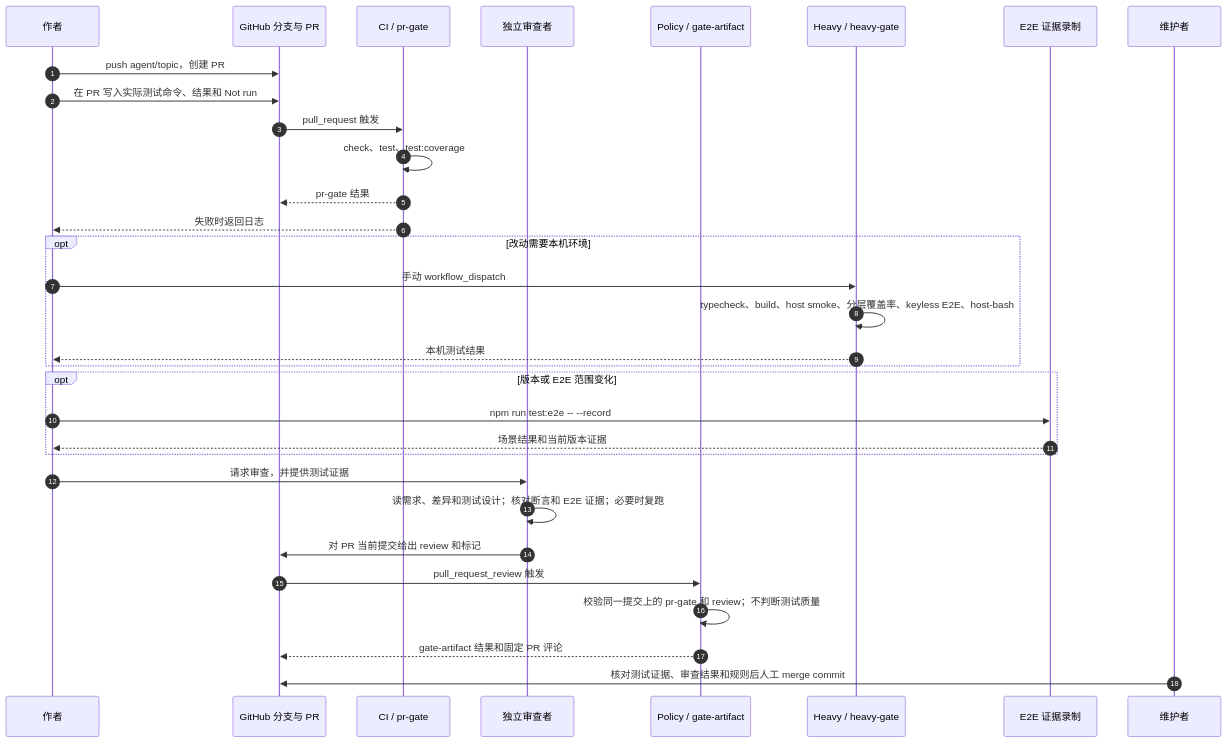
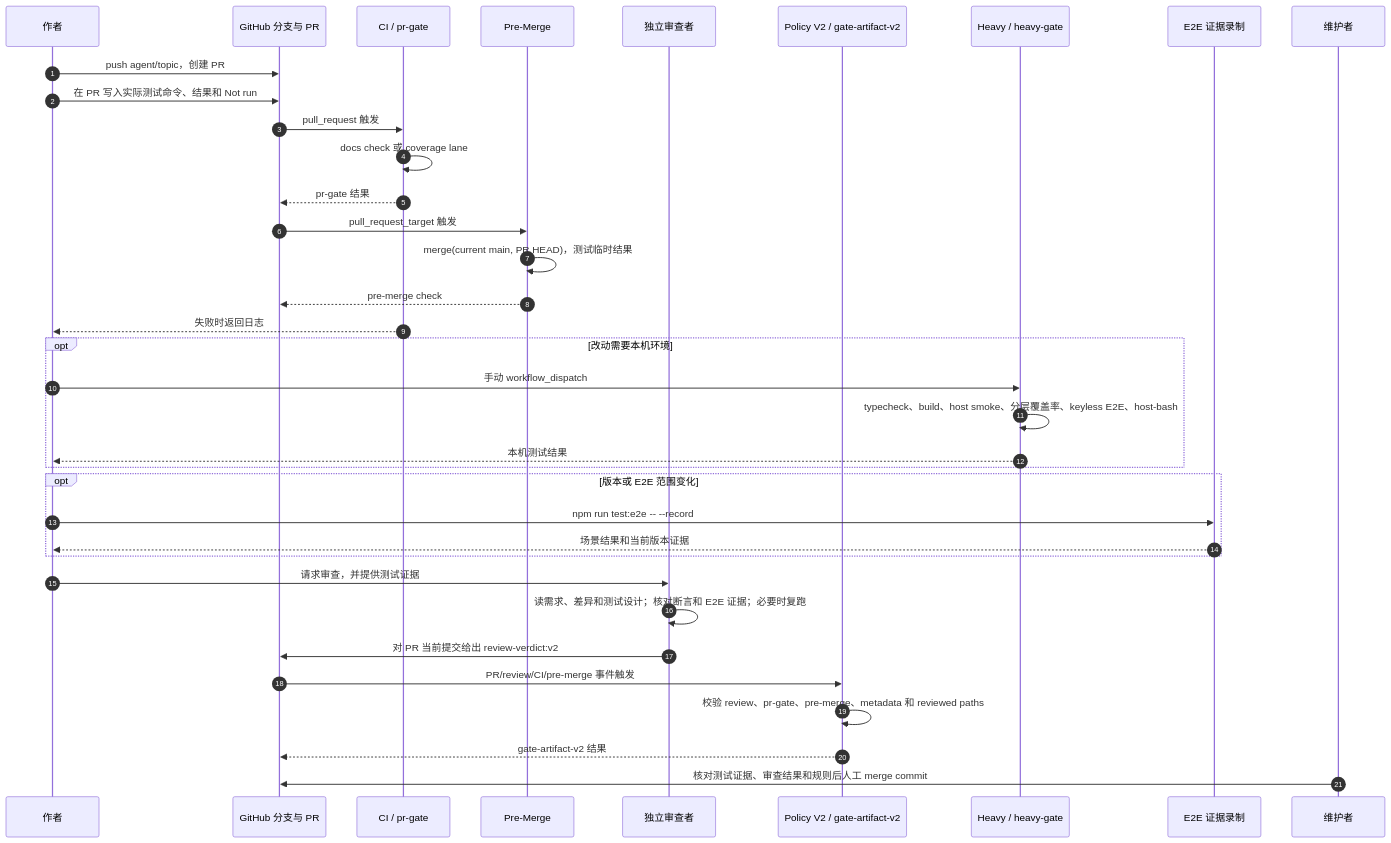
One commit to leigangzhang/dsh-cowork changed the second of 4 diagrams in docs/github-workflow.md. Above: the diagram before and after it, drawn with Mermaid. The commit also changed other lines of this file and 24 other files, not shown here.

First line of the commit message:
ci(policy): add pre-merge and derived gate

````diff
--- a/docs/github-workflow.md
+++ b/docs/github-workflow.md
@@ -85,35 +93,39 @@
 ```mermaid
 sequenceDiagram
   autonumber
   participant A as 作者
   participant G as GitHub 分支与 PR
   participant C as CI / pr-gate
+  participant PM as Pre-Merge
   participant R as 独立审查者
-  participant P as Policy / gate-artifact
+  participant P as Policy V2 / gate-artifact-v2
   participant H as Heavy / heavy-gate
   participant E as E2E 证据录制
   participant M as 维护者
 
   A->>G: push agent/topic，创建 PR
   A->>G: 在 PR 写入实际测试命令、结果和 Not run
   G->>C: pull_request 触发
-  C->>C: check、test、test:coverage
+  C->>C: docs check 或 coverage lane
   C-->>G: pr-gate 结果
+  G->>PM: pull_request_target 触发
+  PM->>PM: merge(current main, PR HEAD)，测试临时结果
+  PM-->>G: pre-merge check
   C-->>A: 失败时返回日志
   opt 改动需要本机环境
     A->>H: 手动 workflow_dispatch
     H->>H: typecheck、build、host smoke、分层覆盖率、keyless E2E、host-bash
     H-->>A: 本机测试结果
   end
   opt 版本或 E2E 范围变化
     A->>E: npm run test:e2e -- --record
     E-->>A: 场景结果和当前版本证据
   end
   A->>R: 请求审查，并提供测试证据
   R->>R: 读需求、差异和测试设计；核对断言和 E2E 证据；必要时复跑
-  R->>G: 对 PR 当前提交给出 review 和标记
-  G->>P: pull_request_review 触发
-  P->>P: 校验同一提交上的 pr-gate 和 review；不判断测试质量
-  P-->>G: gate-artifact 结果和固定 PR 评论
+  R->>G: 对 PR 当前提交给出 review-verdict:v2
+  G->>P: PR/review/CI/pre-merge 事件触发
+  P->>P: 校验 review、pr-gate、pre-merge、metadata 和 reviewed paths
+  P-->>G: gate-artifact-v2 结果
   M->>G: 核对测试证据、审查结果和规则后人工 merge commit
 ```
````
